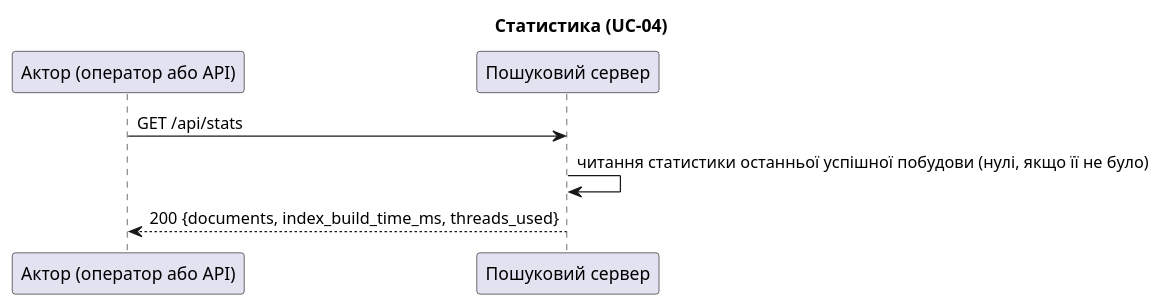
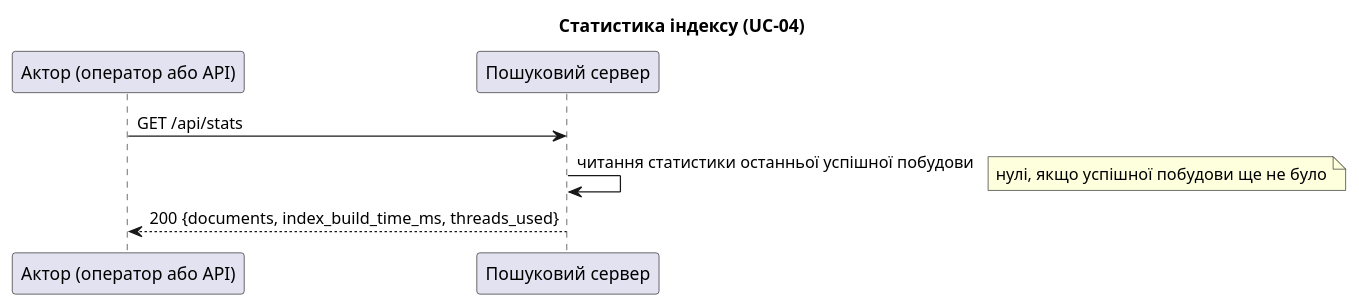
The diagram in docs/architecture/uml/sequence-uc04.puml (whatislavx/course_work_parallel_computing), drawn with PlantUML before and after one commit. The commit also changed 14 other files, not shown here.

First line of the commit message:
docs(architecture): fix sequence, class and use-case UML

```diff
--- a/docs/architecture/uml/sequence-uc04.puml
+++ b/docs/architecture/uml/sequence-uc04.puml
@@ -1,8 +1,9 @@
 @startuml sequence-uc04
-title Статистика (UC-04)
+title Статистика індексу (UC-04)
 participant "Актор (оператор або API)" as ACT
 participant "Пошуковий сервер" as Srv
 ACT -> Srv : GET /api/stats
-Srv -> Srv : читання статистики останньої успішної побудови (нулі, якщо її не було)
+Srv -> Srv : читання статистики останньої успішної побудови
+note right: нулі, якщо успішної побудови ще не було
 Srv --> ACT : 200 {documents, index_build_time_ms, threads_used}
 @enduml
```
